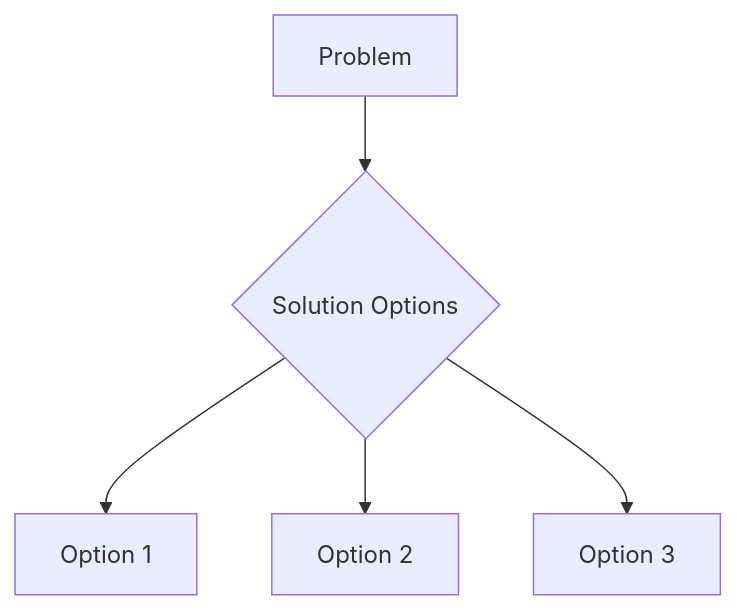
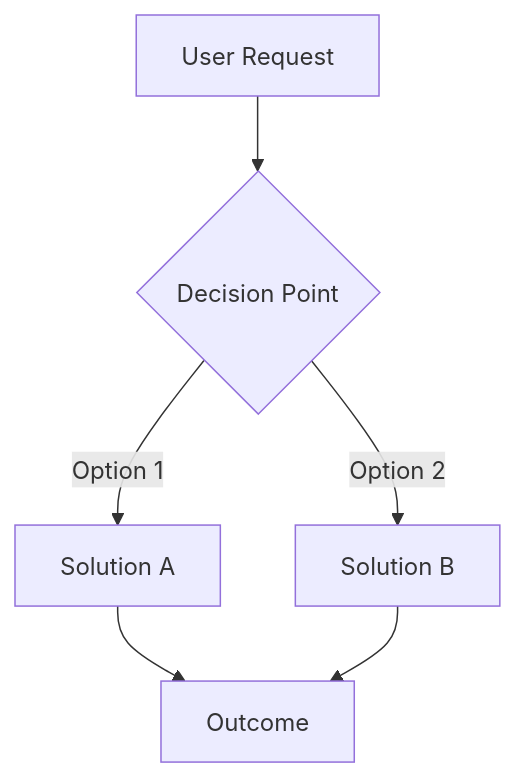
The first of 2 diagrams in .agent/workflows/brainstorm.md (dongitran/ai-agent-config), drawn with Mermaid before and after one commit. The commit also changed other lines of this file, not shown here.

````diff
--- a/.agent/workflows/brainstorm.md
+++ b/.agent/workflows/brainstorm.md
@@ -50,7 +248,8 @@
 ```mermaid
 flowchart TD
-    A[Problem] --> B{Solution Options}
-    B --> C[Option 1]
-    B --> D[Option 2]
-    B --> E[Option 3]
+    A[User Request] --> B{Decision Point}
+    B -->|Option 1| C[Solution A]
+    B -->|Option 2| D[Solution B]
+    C --> E[Outcome]
+    D --> E
 ```
````
